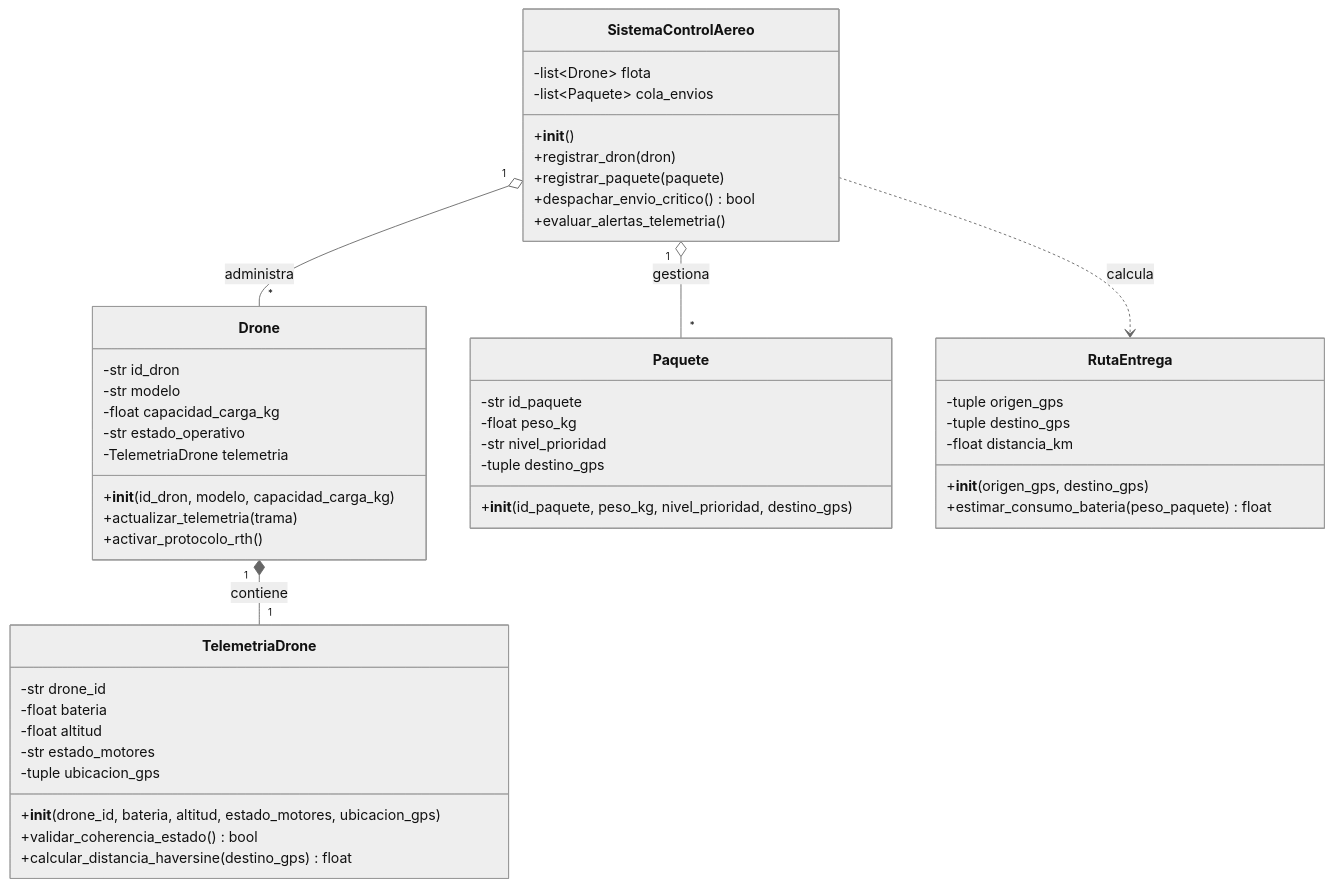
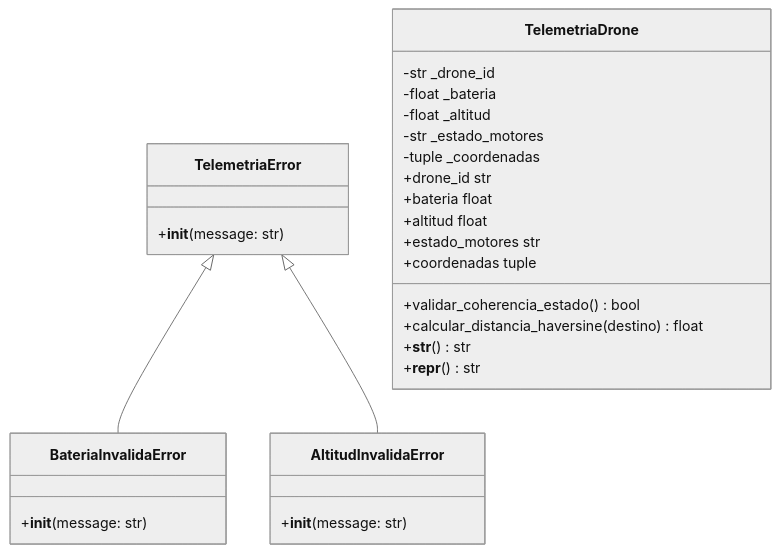
One commit to juanma120808/SkyRoute-Drones-POO changed the diagram in docs/03_modelo_del_mundo_uml.md. Above: the diagram before and after it, drawn with Mermaid (neutral theme). The commit also changed other lines of this file and 5 other files, not shown here.

````diff
--- a/docs/03_modelo_del_mundo_uml.md
+++ b/docs/03_modelo_del_mundo_uml.md
@@ -22,55 +33,34 @@
 ```mermaid
 classDiagram
-    class TelemetriaDrone {
-        -str drone_id
-        -float bateria
-        -float altitud
-        -str estado_motores
-        -tuple ubicacion_gps
-        +__init__(drone_id, bateria, altitud, estado_motores, ubicacion_gps)
-        +validar_coherencia_estado() bool
-        +calcular_distancia_haversine(destino_gps) float
+    class TelemetriaError {
+        +__init__(message: str)
     }
 
-    class Drone {
-        -str id_dron
-        -str modelo
-        -float capacidad_carga_kg
-        -str estado_operativo
-        -TelemetriaDrone telemetria
-        +__init__(id_dron, modelo, capacidad_carga_kg)
-        +actualizar_telemetria(trama)
-        +activar_protocolo_rth()
+    class BateriaInvalidaError {
+        +__init__(message: str)
     }
 
-    class Paquete {
-        -str id_paquete
-        -float peso_kg
-        -str nivel_prioridad
-        -tuple destino_gps
-        +__init__(id_paquete, peso_kg, nivel_prioridad, destino_gps)
+    class AltitudInvalidaError {
+        +__init__(message: str)
     }
 
-    class RutaEntrega {
-        -tuple origen_gps
-        -tuple destino_gps
-        -float distancia_km
-        +__init__(origen_gps, destino_gps)
-        +estimar_consumo_bateria(peso_paquete) float
+    class TelemetriaDrone {
+        -str _drone_id
+        -float _bateria
+        -float _altitud
+        -str _estado_motores
+        -tuple _coordenadas
+        +drone_id str
+        +bateria float
+        +altitud float
+        +estado_motores str
+        +coordenadas tuple
+        +validar_coherencia_estado() bool
+        +calcular_distancia_haversine(destino) float
+        +__str__() str
+        +__repr__() str
     }
 
-    class SistemaControlAereo {
-        -list~Drone~ flota
-        -list~Paquete~ cola_envios
-        +__init__()
-        +registrar_dron(dron)
-        +registrar_paquete(paquete)
-        +despachar_envio_critico() bool
-        +evaluar_alertas_telemetria()
-    }
-
-    Drone "1" *-- "1" TelemetriaDrone : contiene
-    SistemaControlAereo "1" o-- "*" Drone : administra
-    SistemaControlAereo "1" o-- "*" Paquete : gestiona
-    SistemaControlAereo ..> RutaEntrega : calcula
+    TelemetriaError <|-- BateriaInvalidaError
+    TelemetriaError <|-- AltitudInvalidaError
 ```
````
